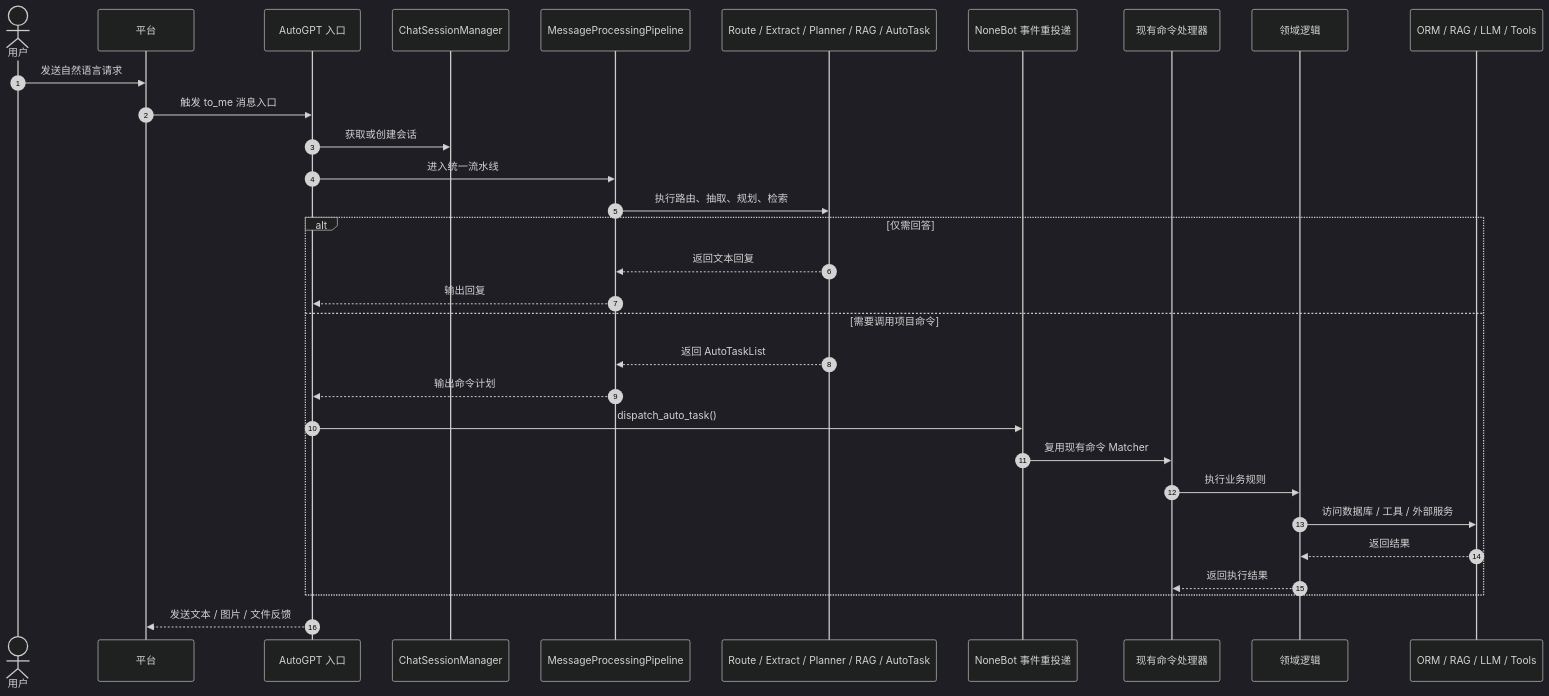
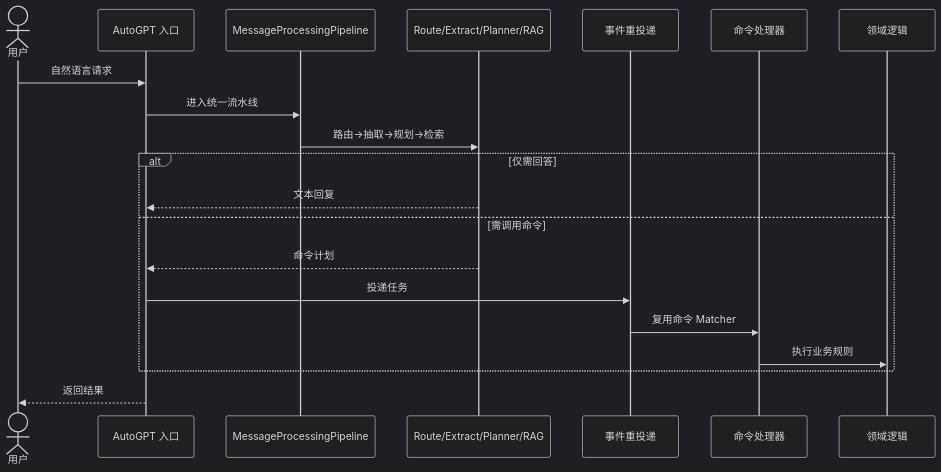
Before and after one commit to ClassRobot/ClassRobot: the fifth of 5 diagrams in docs/architecture/architecture-views.md, drawn with Mermaid (dark theme). The commit also changed other lines of this file and 47 other files, not shown here.

First line of the commit message:
feat: implement file manager service with isolated user and group file spaces

````diff
--- a/docs/architecture/architecture-views.md
+++ b/docs/architecture/architecture-views.md
@@ -175,36 +109,23 @@
 ```mermaid
 sequenceDiagram
-    autonumber
     actor User as 用户
-    participant Platform as 平台
     participant Entry as AutoGPT 入口
-    participant Session as ChatSessionManager
     participant Pipeline as MessageProcessingPipeline
-    participant Agents as Route / Extract / Planner / RAG / AutoTask
-    participant Dispatch as NoneBot 事件重投递
-    participant Command as 现有命令处理器
+    participant Agents as Route/Extract/Planner/RAG
+    participant Dispatch as 事件重投递
+    participant Command as 命令处理器
     participant Domain as 领域逻辑
-    participant Infra as ORM / RAG / LLM / Tools
 
-    User->>Platform: 发送自然语言请求
-    Platform->>Entry: 触发 to_me 消息入口
-    Entry->>Session: 获取或创建会话
+    User->>Entry: 自然语言请求
     Entry->>Pipeline: 进入统一流水线
-    Pipeline->>Agents: 执行路由、抽取、规划、检索
-
+    Pipeline->>Agents: 路由→抽取→规划→检索
     alt 仅需回答
-        Agents-->>Pipeline: 返回文本回复
-        Pipeline-->>Entry: 输出回复
-    else 需要调用项目命令
-        Agents-->>Pipeline: 返回 AutoTaskList
-        Pipeline-->>Entry: 输出命令计划
-        Entry->>Dispatch: dispatch_auto_task()
-        Dispatch->>Command: 复用现有命令 Matcher
+        Agents-->>Entry: 文本回复
+    else 需调用命令
+        Agents-->>Entry: 命令计划
+        Entry->>Dispatch: 投递任务
+        Dispatch->>Command: 复用命令 Matcher
         Command->>Domain: 执行业务规则
-        Domain->>Infra: 访问数据库 / 工具 / 外部服务
-        Infra-->>Domain: 返回结果
-        Domain-->>Command: 返回执行结果
     end
-
-    Entry-->>Platform: 发送文本 / 图片 / 文件反馈
+    Entry-->>User: 返回结果
 ```
````
